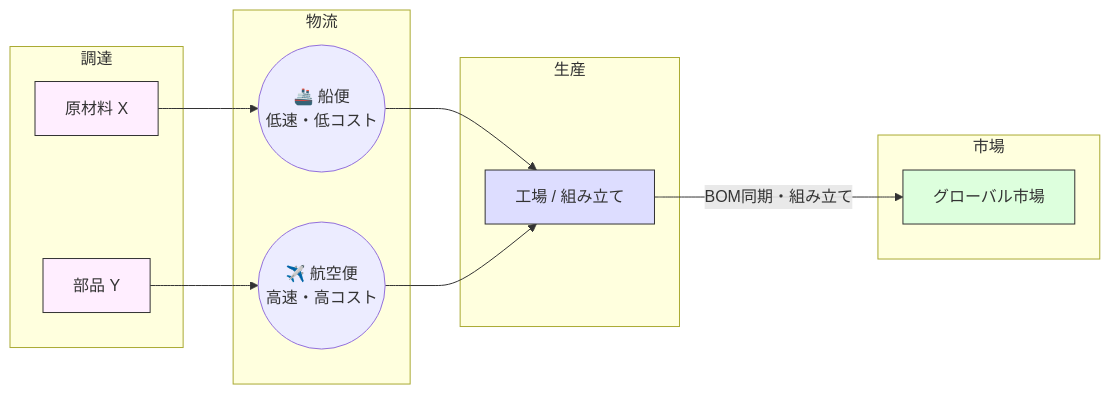
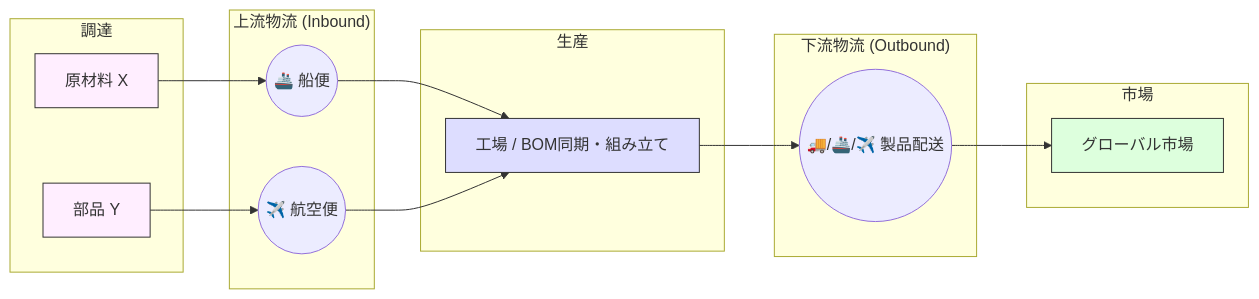
The first of 3 diagrams in README_JP.md (miumigy/gsctycn), drawn with Mermaid before and after one commit. The commit also changed 1 other file, not shown here.

Commit message:
docs: refine BOM Mermaid diagram to reflect BOM sync in Production and add Outbound Logistics

````diff
--- a/README_JP.md
+++ b/README_JP.md
@@ -14,31 +14,36 @@
 ```mermaid
 graph LR
     subgraph Sourcing ["調達"]
         RM[原材料 X]
         PT[部品 Y]
     end
 
-    subgraph Logistics ["物流"]
-        Air((✈️ 航空便<br/>高速・高コスト))
-        Sea((🚢 船便<br/>低速・低コスト))
+    subgraph Inbound ["上流物流 (Inbound)"]
+        Air((✈️ 航空便))
+        Sea((🚢 船便))
     end
 
     subgraph Production ["生産"]
-        Fact[工場 / 組み立て]
+        Fact[工場 / BOM同期・組み立て]
+    end
+
+    subgraph Outbound ["下流物流 (Outbound)"]
+        Delivery((🚚/🚢/✈️ 製品配送))
     end
 
     subgraph Distribution ["市場"]
         Mkt[グローバル市場]
     end
 
     RM --> Sea
     PT --> Air
     Sea --> Fact
     Air --> Fact
-    Fact -- "BOM同期・組み立て" --> Mkt
+    Fact --> Delivery
+    Delivery --> Mkt
 
     style RM fill:#fef,stroke:#333
     style PT fill:#fef,stroke:#333
     style Fact fill:#ddf,stroke:#333
     style Mkt fill:#dfd,stroke:#333
 ```
````
